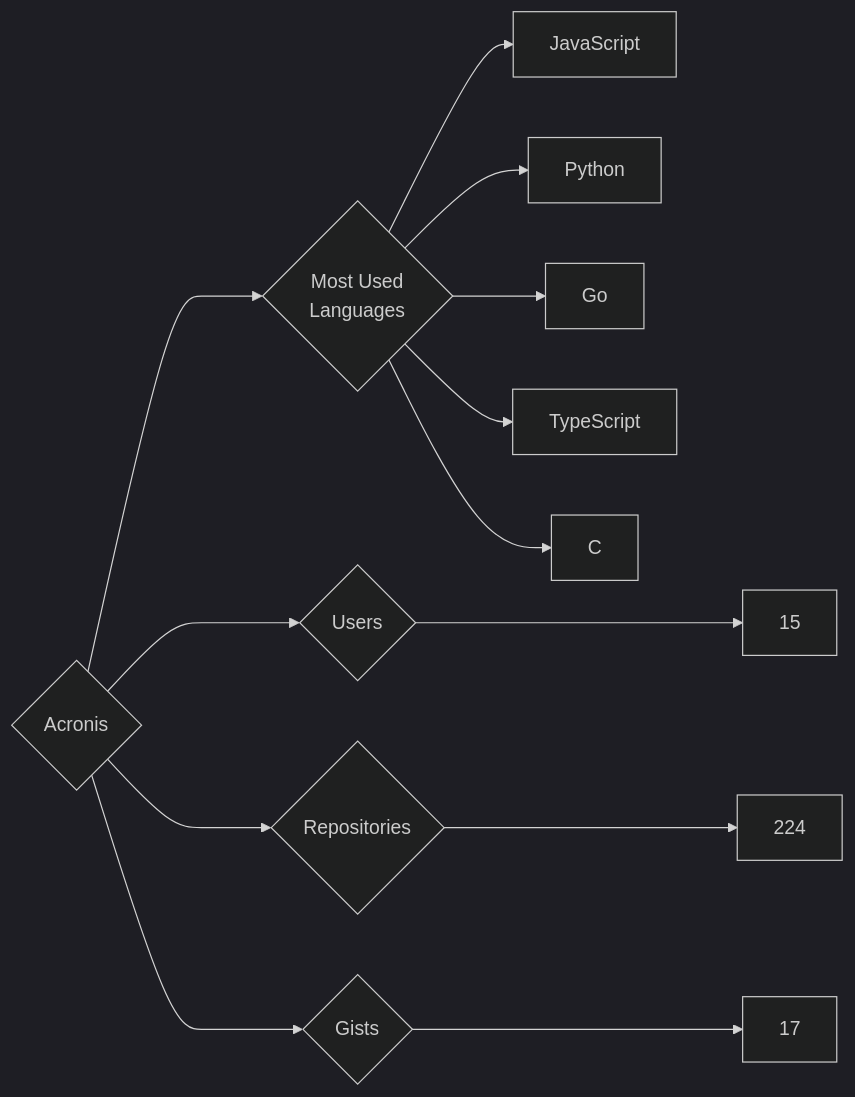
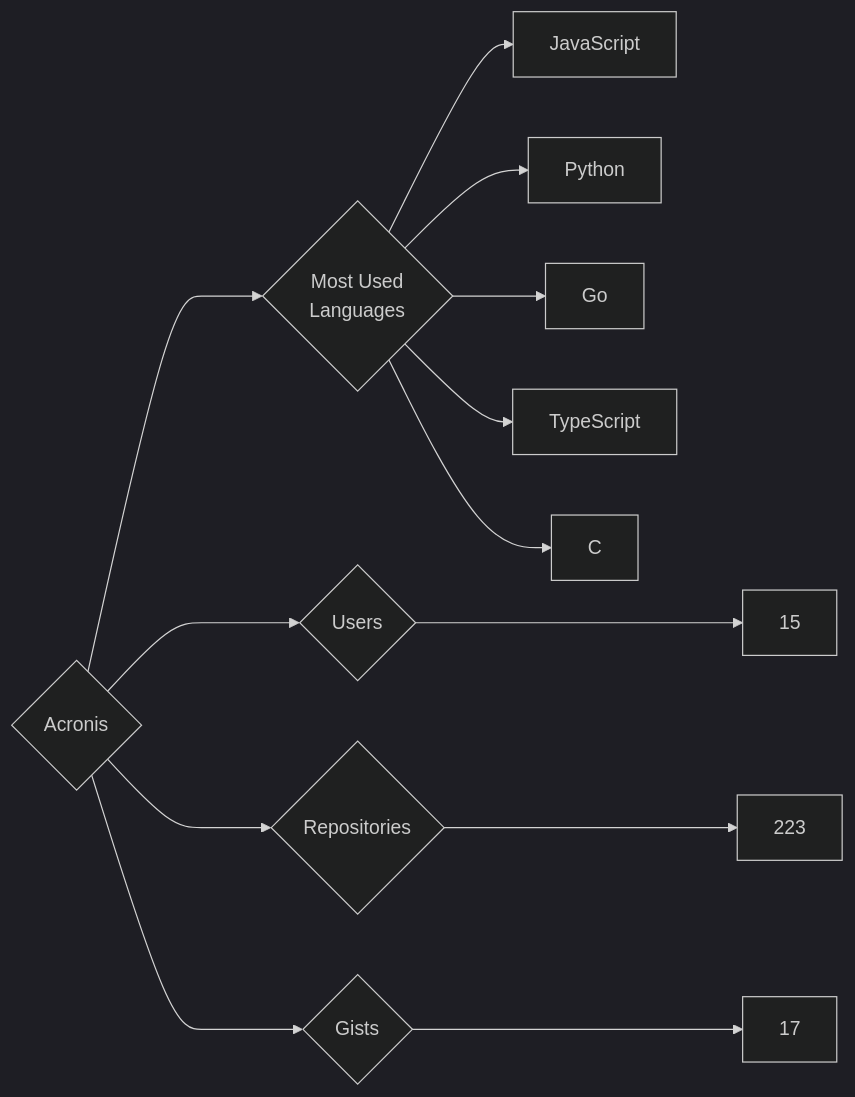
One commit to nenadzaric/insiders changed the diagram in targets/Acronis/README.md. Above: the diagram before and after it, drawn with Mermaid (dark theme). The commit also changed 28 other files, not shown here.

````diff
--- a/targets/Acronis/README.md
+++ b/targets/Acronis/README.md
@@ -3,13 +3,13 @@
 ```mermaid
 graph LR
 COMPANY_NAME{Acronis}
 COMPANY_NAME ---> U{Users} ---> UN[15]
-COMPANY_NAME ---> R{Repositories} ---> RN[224]
+COMPANY_NAME ---> R{Repositories} ---> RN[223]
 COMPANY_NAME ---> G{Gists} ---> GN[17]
 COMPANY_NAME ---> ML{Most Used<br>Languages}
 ML --> JavaScript[JavaScript]
 ML --> Python[Python]
 ML --> Go[Go]
 ML --> TypeScript[TypeScript]
 ML --> C[C]
 ```
````
